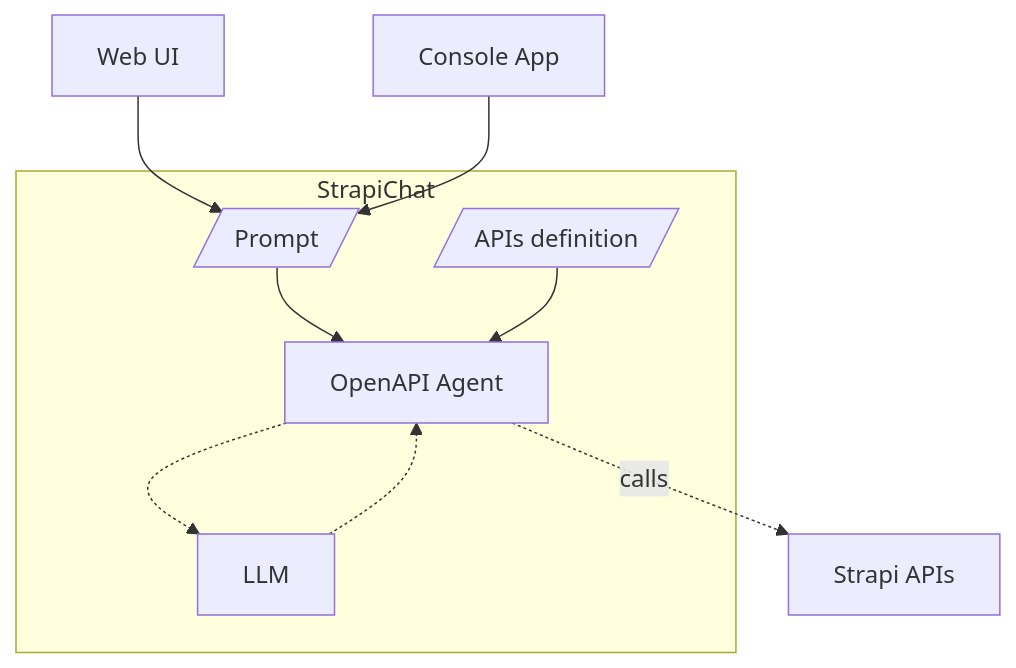
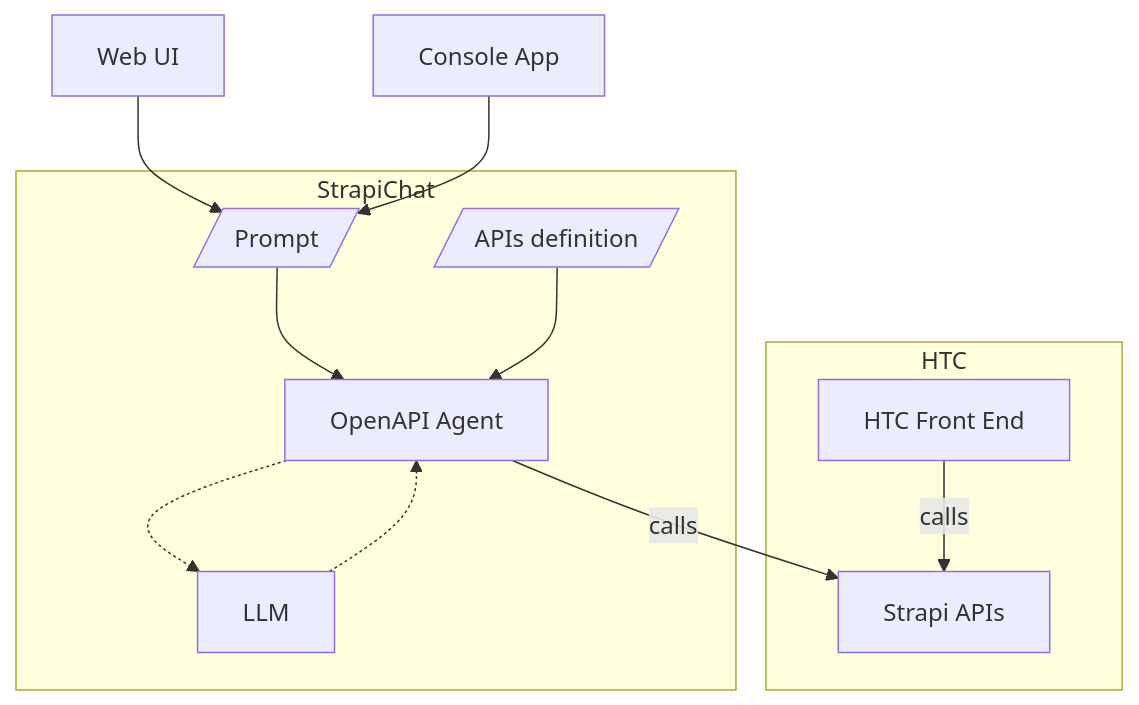
Before and after one commit to alallaqi/poc-strapi-chat: the first of 3 diagrams in README.md, drawn with Mermaid. The commit also changed other lines of this file and 9 other files, not shown here.

````diff
--- a/README.md
+++ b/README.md
@@ -39,11 +39,14 @@
 ```mermaid
 graph TD
     WU[Web UI] --> P
     CA[Console App] --> P
     subgraph StrapiChat
       P[/Prompt/] --> LC["OpenAPI Agent"]
       AD[/APIs definition/] --> LC
       LC -.-> LLM[LLM] -.-> LC
     end
-    LC -.-> |calls|SA[Strapi APIs]
+    subgraph HTC
+        LC --> |calls|SA[Strapi APIs]
+        FE[HTC Front End] --> |calls|SA[Strapi APIs]
+    end
 ```
````
